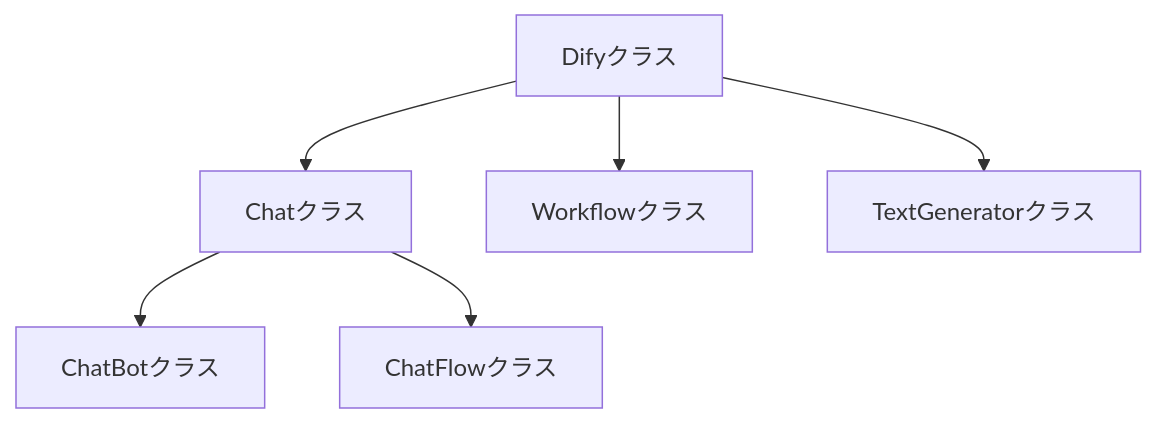
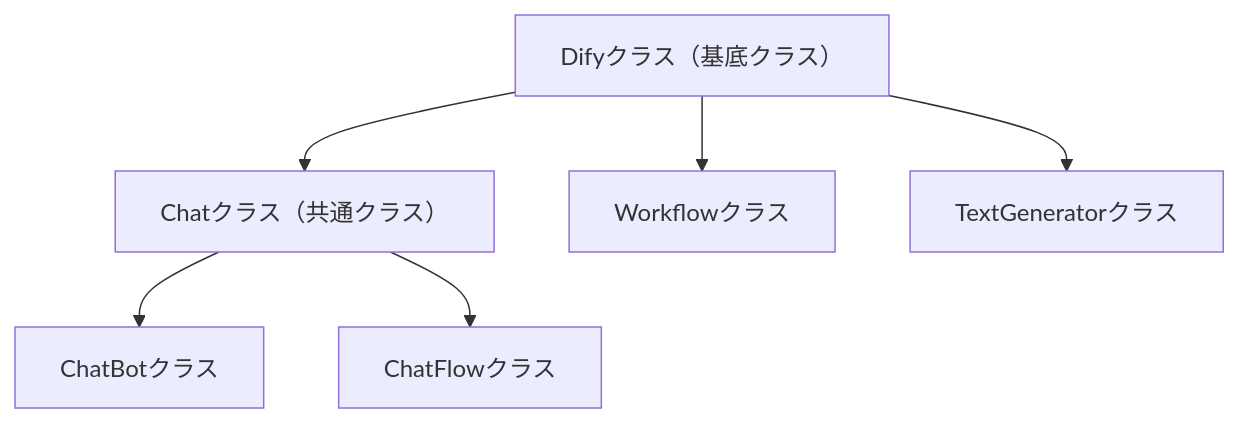
One commit to hitsumabushi334/DAS changed the diagram in 要件定義書.md. Above: the diagram before and after it, drawn with Mermaid. The commit also changed other lines of this file and 1 other file, not shown here.

````diff
--- a/要件定義書.md
+++ b/要件定義書.md
@@ -12,9 +23,9 @@
 ```mermaid
 graph TD
-  A["Difyクラス"]-->B["Chatクラス"]
+  A["Difyクラス（基底クラス）"]-->B["Chatクラス（共通クラス）"]
   A-->C["Workflowクラス"]
   A-->D["TextGeneratorクラス"]
   B-->E["ChatBotクラス"]
   B-->F["ChatFlowクラス"]
 
 ```
````
